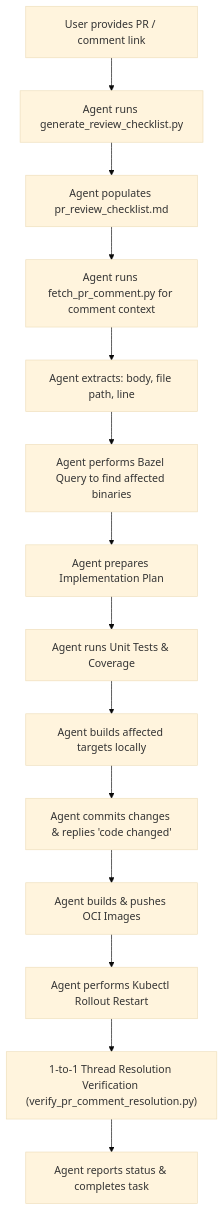
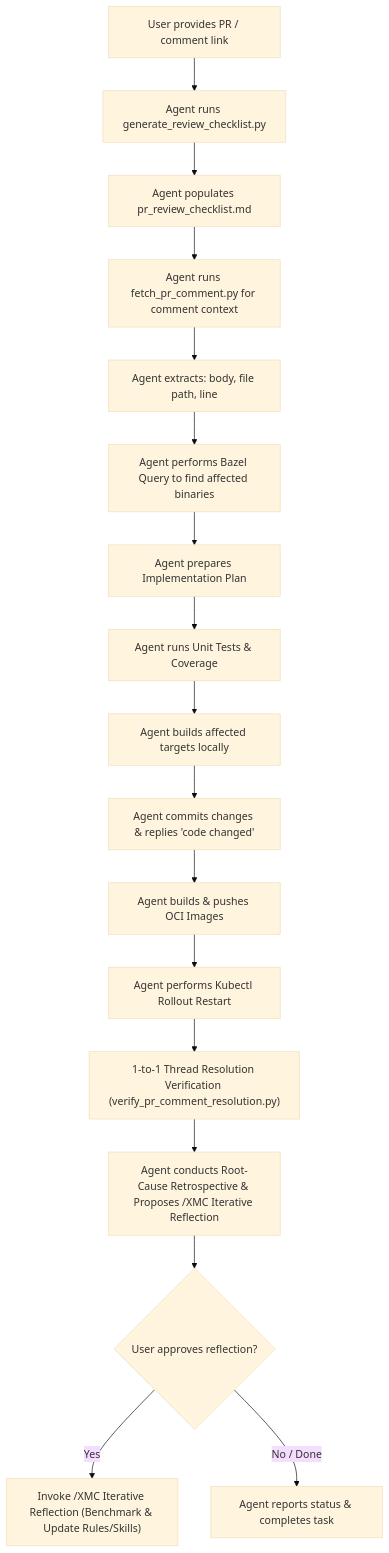
One commit to google/xmc changed the diagram in .agents/skills/xmc_address_pr_comment/SKILL.md. Above: the diagram before and after it, drawn with Mermaid (base theme). The commit also changed other lines of this file and 5 other files, not shown here.

First line of the commit message:
feat(skills): integrate iterative reflection into PR comment resolution

````diff
--- a/.agents/skills/xmc_address_pr_comment/SKILL.md
+++ b/.agents/skills/xmc_address_pr_comment/SKILL.md
@@ -10,16 +10,19 @@
 ```mermaid
 graph TD
     A["User provides PR / comment link"] --> B["Agent runs generate_review_checklist.py"]
     B --> C["Agent populates pr_review_checklist.md"]
     C --> D["Agent runs fetch_pr_comment.py for comment context"]
     D --> E["Agent extracts: body, file path, line"]
     E --> F["Agent performs Bazel Query to find affected binaries"]
     F --> G["Agent prepares Implementation Plan"]
     G --> H["Agent runs Unit Tests & Coverage"]
     H --> I["Agent builds affected targets locally"]
     I --> J["Agent commits changes & replies 'code changed'"]
     J --> K["Agent builds & pushes OCI Images"]
     K --> L["Agent performs Kubectl Rollout Restart"]
     L --> M["1-to-1 Thread Resolution Verification (verify_pr_comment_resolution.py)"]
-    M --> N["Agent reports status & completes task"]
+    M --> N["Agent conducts Root-Cause Retrospective & Proposes /XMC Iterative Reflection"]
+    N --> O{"User approves reflection?"}
+    O -->|Yes| P["Invoke /XMC Iterative Reflection (Benchmark & Update Rules/Skills)"]
+    O -->|No / Done| Q["Agent reports status & completes task"]
 ```
````
